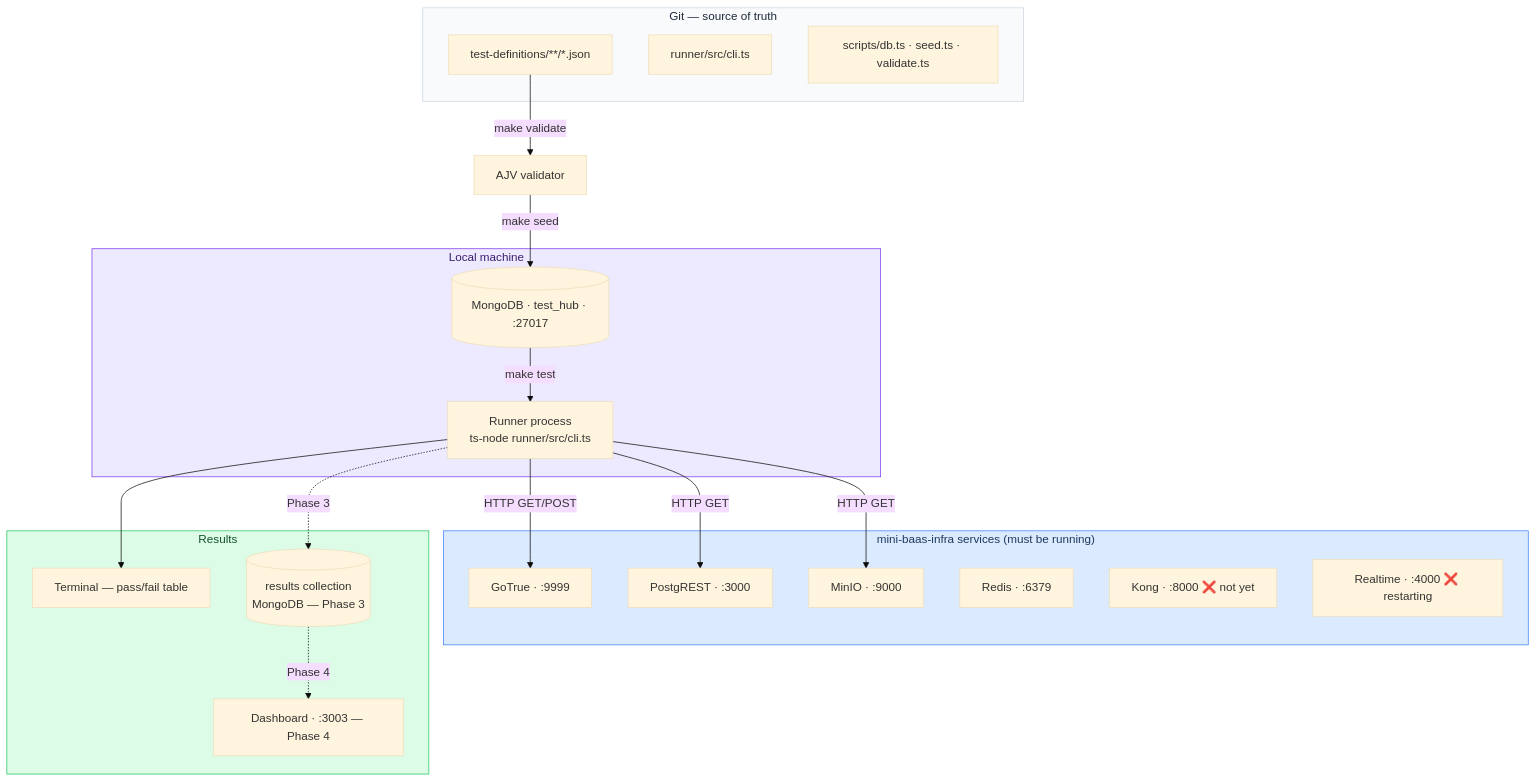
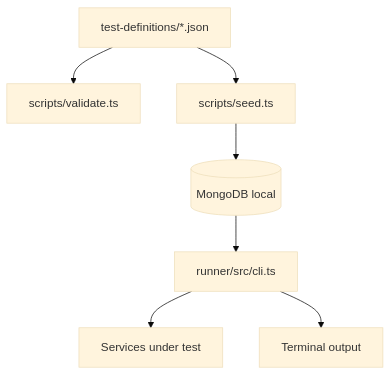
Before and after one commit to Univers42/QA: the diagram in docs/strategy/1-roadmap.md, drawn with Mermaid (base theme). The commit also changed other lines of this file and 33 other files, not shown here.

````diff
--- a/docs/strategy/1-roadmap.md
+++ b/docs/strategy/1-roadmap.md
@@ -108,43 +53,17 @@
 ```mermaid
 flowchart TD
-    subgraph GIT["Git — source of truth"]
-        JSON["test-definitions/**/*.json"]
-        RUNNER_SRC["runner/src/cli.ts"]
-        SCRIPTS["scripts/db.ts · seed.ts · validate.ts"]
-    end
+    JSON["test-definitions/*.json"]
+    VALIDATE["scripts/validate.ts"]
+    SEED["scripts/seed.ts"]
+    MONGO[("MongoDB local")]
+    RUNNER["runner/src/cli.ts"]
+    SERVICES["Services under test"]
+    TERMINAL["Terminal output"]
 
-    subgraph LOCAL["Local machine"]
-        MONGO[("MongoDB · test_hub · :27017")]
-        RUNNER["Runner process<br/>ts-node runner/src/cli.ts"]
-    end
-
-    subgraph SERVICES["mini-baas-infra services (must be running)"]
-        GOTRUE["GoTrue · :9999"]
-        POSTGREST["PostgREST · :3000"]
-        MINIO["MinIO · :9000"]
-        REDIS["Redis · :6379"]
-        KONG["Kong · :8000 ❌ not yet"]
-        REALTIME["Realtime · :4000 ❌ restarting"]
-    end
-
-    subgraph RESULTS["Results"]
-        TERMINAL["Terminal — pass/fail table"]
-        RESMONGO[("results collection<br/>MongoDB — Phase 3")]
-        DASHBOARD["Dashboard · :3003 — Phase 4"]
-    end
-
-    JSON -->|"make validate"| VALIDATE["AJV validator"]
-    VALIDATE -->|"make seed"| MONGO
-    MONGO -->|"make test"| RUNNER
-    RUNNER -->|"HTTP GET/POST"| GOTRUE
-    RUNNER -->|"HTTP GET"| POSTGREST
-    RUNNER -->|"HTTP GET"| MINIO
+    JSON --> VALIDATE
+    JSON --> SEED
+    SEED --> MONGO
+    MONGO --> RUNNER
+    RUNNER --> SERVICES
     RUNNER --> TERMINAL
-    RUNNER -.->|"Phase 3"| RESMONGO
-    RESMONGO -.->|"Phase 4"| DASHBOARD
-
-    style GIT fill:#f8fafc,stroke:#cbd5e1,color:#1e293b
-    style LOCAL fill:#ede9fe,stroke:#7c3aed,color:#3b1f6e
-    style SERVICES fill:#dbeafe,stroke:#3b82f6,color:#1e3a5f
-    style RESULTS fill:#dcfce7,stroke:#22c55e,color:#14532d
 ```
````
